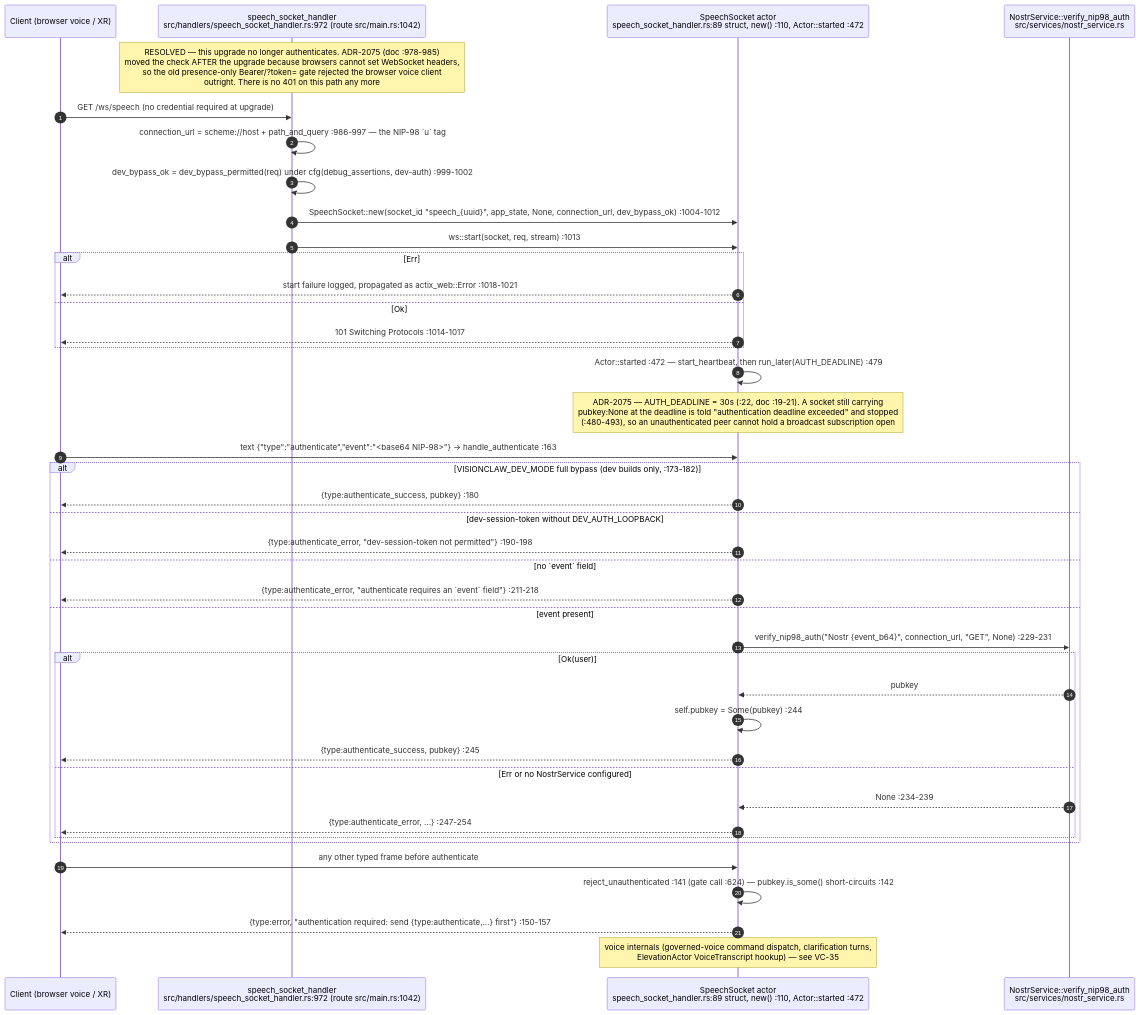
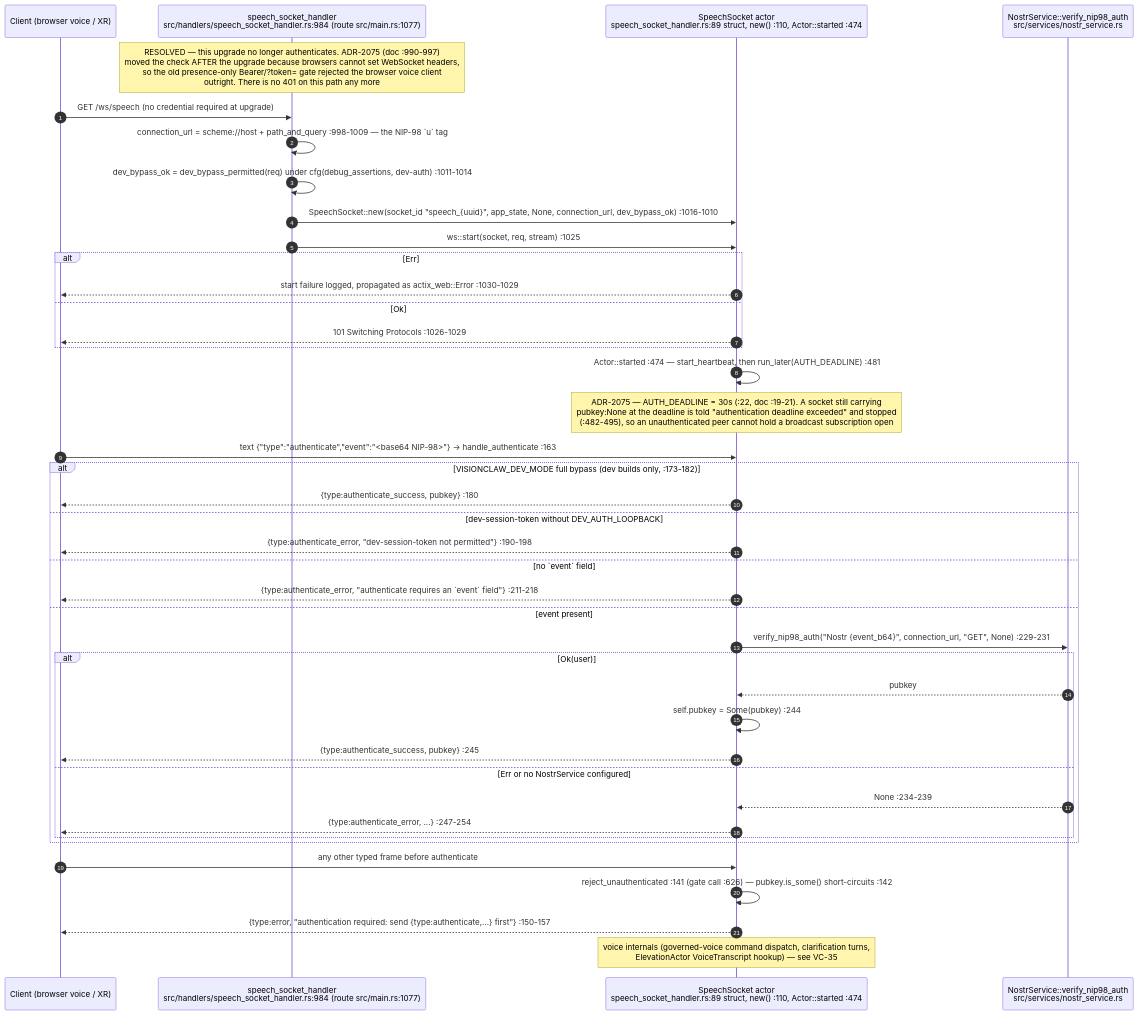
One commit to DreamLab-AI/VisionFlow changed diagram 16 of 18 in docs/diagrams/visionclaw/05-handlers-governance-and-identity.md. Above: the diagram before and after it, drawn with Mermaid. The commit also changed other lines of this file and 32 other files, not shown here.

````diff
--- a/docs/diagrams/visionclaw/05-handlers-governance-and-identity.md
+++ b/docs/diagrams/visionclaw/05-handlers-governance-and-identity.md
@@ -793,44 +801,44 @@
 ```mermaid
 sequenceDiagram
     autonumber
     participant C as Client (browser voice / XR)
-    participant H as speech_socket_handler<br/>src/handlers/speech_socket_handler.rs:972 (route src/main.rs:1042)
-    participant SS as SpeechSocket actor<br/>speech_socket_handler.rs:89 struct, new() :110, Actor::started :472
+    participant H as speech_socket_handler<br/>src/handlers/speech_socket_handler.rs:984 (route src/main.rs:1077)
+    participant SS as SpeechSocket actor<br/>speech_socket_handler.rs:89 struct, new() :110, Actor::started :474
     participant NS as NostrService::verify_nip98_auth<br/>src/services/nostr_service.rs
 
-    Note over H: RESOLVED — this upgrade no longer authenticates. ADR-2075 (doc :978-985)<br/>moved the check AFTER the upgrade because browsers cannot set WebSocket headers,<br/>so the old presence-only Bearer/?token= gate rejected the browser voice client<br/>outright. There is no 401 on this path any more
+    Note over H: RESOLVED — this upgrade no longer authenticates. ADR-2075 (doc :990-997)<br/>moved the check AFTER the upgrade because browsers cannot set WebSocket headers,<br/>so the old presence-only Bearer/?token= gate rejected the browser voice client<br/>outright. There is no 401 on this path any more
     C->>H: GET /ws/speech (no credential required at upgrade)
-    H->>H: connection_url = scheme://host + path_and_query :986-997 — the NIP-98 `u` tag
-    H->>H: dev_bypass_ok = dev_bypass_permitted(req) under cfg(debug_assertions, dev-auth) :999-1002
-    H->>SS: SpeechSocket::new(socket_id "speech_{uuid}", app_state, None, connection_url, dev_bypass_ok) :1004-1012
-    H->>SS: ws::start(socket, req, stream) :1013
+    H->>H: connection_url = scheme://host + path_and_query :998-1009 — the NIP-98 `u` tag
+    H->>H: dev_bypass_ok = dev_bypass_permitted(req) under cfg(debug_assertions, dev-auth) :1011-1014
+    H->>SS: SpeechSocket::new(socket_id "speech_{uuid}", app_state, None, connection_url, dev_bypass_ok) :1016-1010
+    H->>SS: ws::start(socket, req, stream) :1025
     alt Err
-        SS-->>C: start failure logged, propagated as actix_web::Error :1018-1021
+        SS-->>C: start failure logged, propagated as actix_web::Error :1030-1029
     else Ok
-        SS-->>C: 101 Switching Protocols :1014-1017
+        SS-->>C: 101 Switching Protocols :1026-1029
     end
-    SS->>SS: Actor::started :472 — start_heartbeat, then run_later(AUTH_DEADLINE) :479
-    Note over SS: ADR-2075 — AUTH_DEADLINE = 30s (:22, doc :19-21). A socket still carrying<br/>pubkey:None at the deadline is told "authentication deadline exceeded" and stopped<br/>(:480-493), so an unauthenticated peer cannot hold a broadcast subscription open
+    SS->>SS: Actor::started :474 — start_heartbeat, then run_later(AUTH_DEADLINE) :481
+    Note over SS: ADR-2075 — AUTH_DEADLINE = 30s (:22, doc :19-21). A socket still carrying<br/>pubkey:None at the deadline is told "authentication deadline exceeded" and stopped<br/>(:482-495), so an unauthenticated peer cannot hold a broadcast subscription open
     C->>SS: text {"type":"authenticate","event":"<base64 NIP-98>"} -> handle_authenticate :163
     alt VISIONCLAW_DEV_MODE full bypass (dev builds only, :173-182)
         SS-->>C: {type:authenticate_success, pubkey} :180
     else dev-session-token without DEV_AUTH_LOOPBACK
         SS-->>C: {type:authenticate_error, "dev-session-token not permitted"} :190-198
     else no `event` field
         SS-->>C: {type:authenticate_error, "authenticate requires an `event` field"} :211-218
     else event present
         SS->>NS: verify_nip98_auth("Nostr {event_b64}", connection_url, "GET", None) :229-231
         alt Ok(user)
             NS-->>SS: pubkey
             SS->>SS: self.pubkey = Some(pubkey) :244
             SS-->>C: {type:authenticate_success, pubkey} :245
         else Err or no NostrService configured
             NS-->>SS: None :234-239
             SS-->>C: {type:authenticate_error, ...} :247-254
         end
     end
     C->>SS: any other typed frame before authenticate
-    SS->>SS: reject_unauthenticated :141 (gate call :624) — pubkey.is_some() short-circuits :142
+    SS->>SS: reject_unauthenticated :141 (gate call :626) — pubkey.is_some() short-circuits :142
     SS-->>C: {type:error, "authentication required: send {type:authenticate,...} first"} :150-157
     Note over SS: voice internals (governed-voice command dispatch, clarification turns,<br/>ElevationActor VoiceTranscript hookup) — see VC-35
 ```
````
